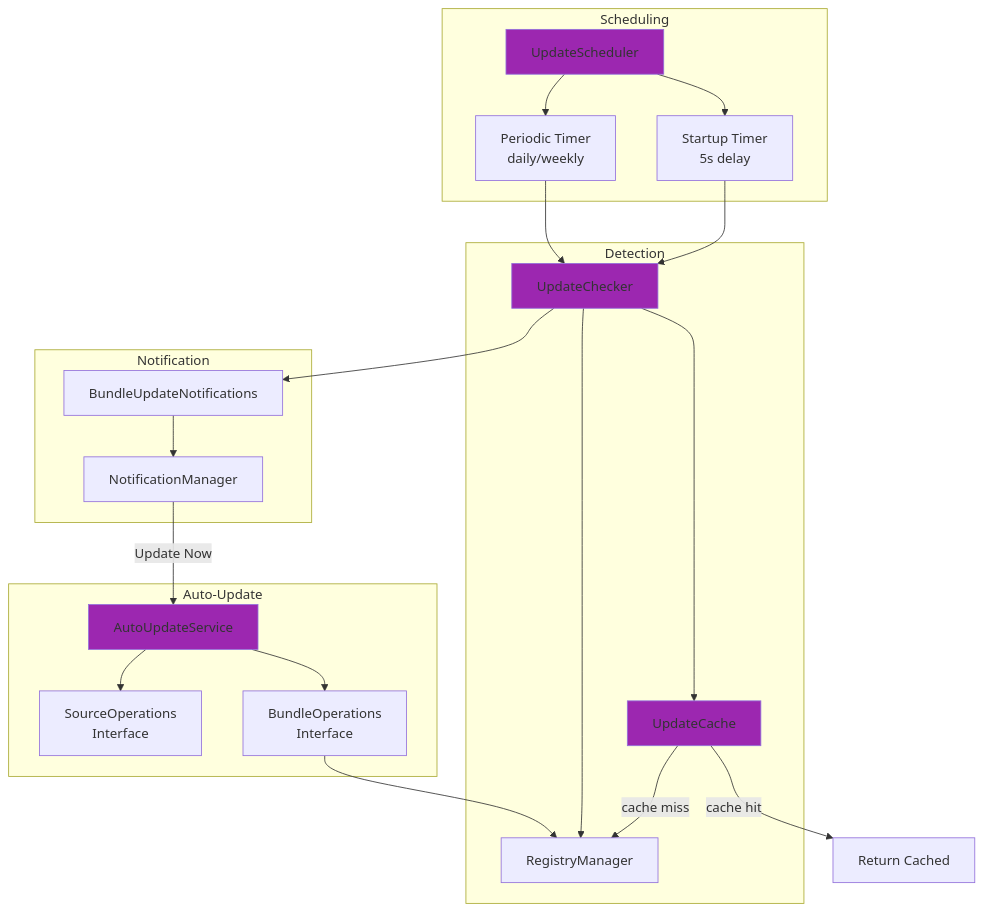
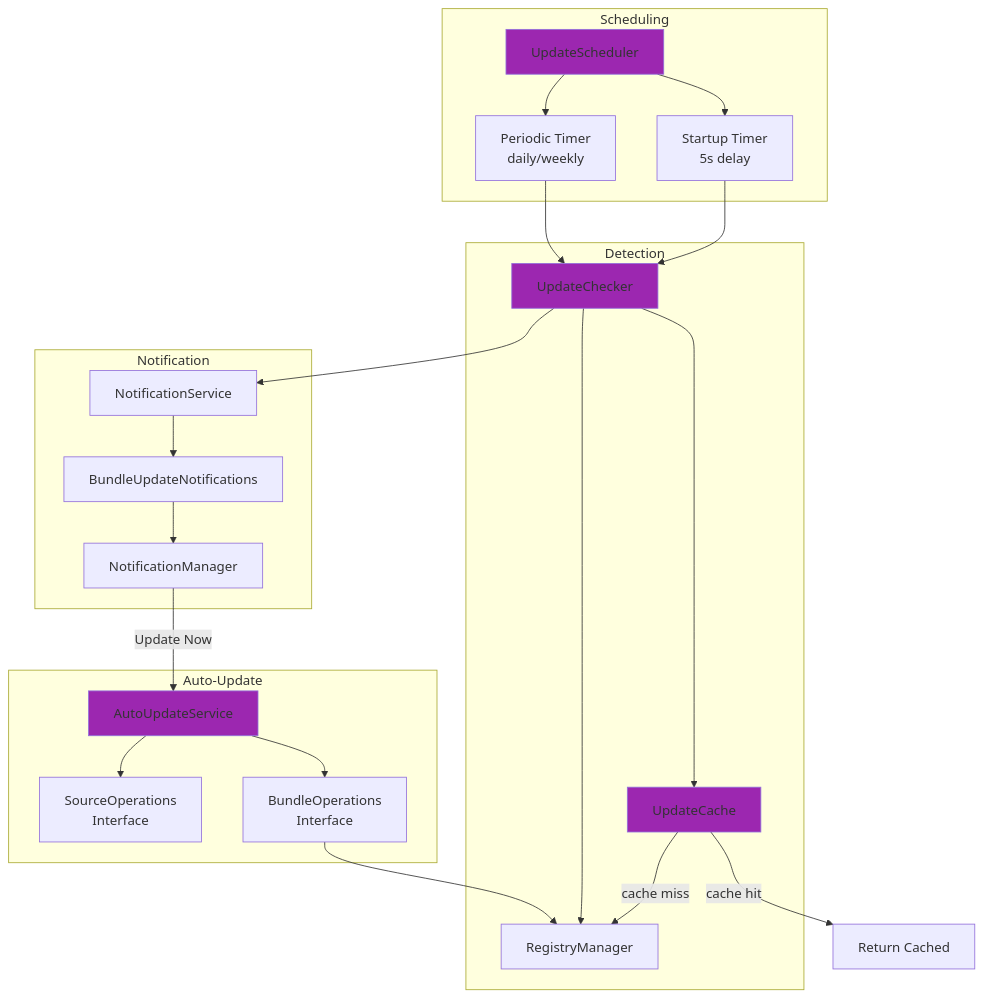
The eighth of 18 diagrams in docs/ARCHITECTURE.md (gblanc-1a/prompt-registry), drawn with Mermaid before and after one commit. The commit also changed other lines of this file and 30 other files, not shown here.

````diff
--- a/docs/ARCHITECTURE.md
+++ b/docs/ARCHITECTURE.md
@@ -525,48 +525,50 @@
 ```mermaid
 graph TB
     subgraph "Scheduling"
         US[UpdateScheduler]
         ST[Startup Timer<br/>5s delay]
         PT[Periodic Timer<br/>daily/weekly]
     end
     
     subgraph "Detection"
         UC[UpdateChecker]
         UCA[UpdateCache]
         RM[RegistryManager]
     end
     
     subgraph "Notification"
+        NS[NotificationService]
         BN[BundleUpdateNotifications]
         NM[NotificationManager]
     end
     
     subgraph "Auto-Update"
         AUS[AutoUpdateService]
         BO[BundleOperations<br/>Interface]
         SO[SourceOperations<br/>Interface]
     end
     
     US --> ST
     US --> PT
     ST --> UC
     PT --> UC
     
     UC --> UCA
     UC --> RM
     UCA -->|cache hit| RET[Return Cached]
     UCA -->|cache miss| RM
     
-    UC --> BN
+    UC --> NS
+    NS --> BN
     BN --> NM
     
     NM -->|Update Now| AUS
     AUS --> BO
     AUS --> SO
     BO --> RM
     
     style US fill:#9C27B0
     style UC fill:#9C27B0
     style AUS fill:#9C27B0
     style UCA fill:#9C27B0
 ```
````
